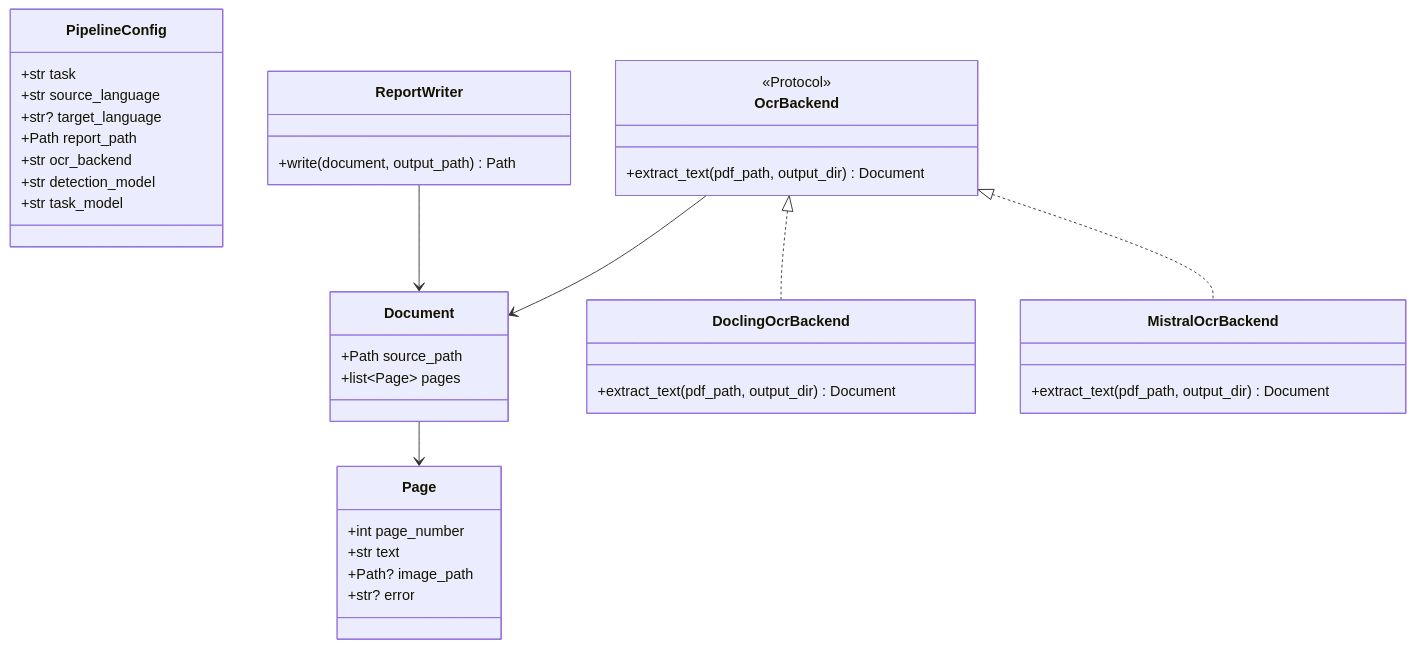
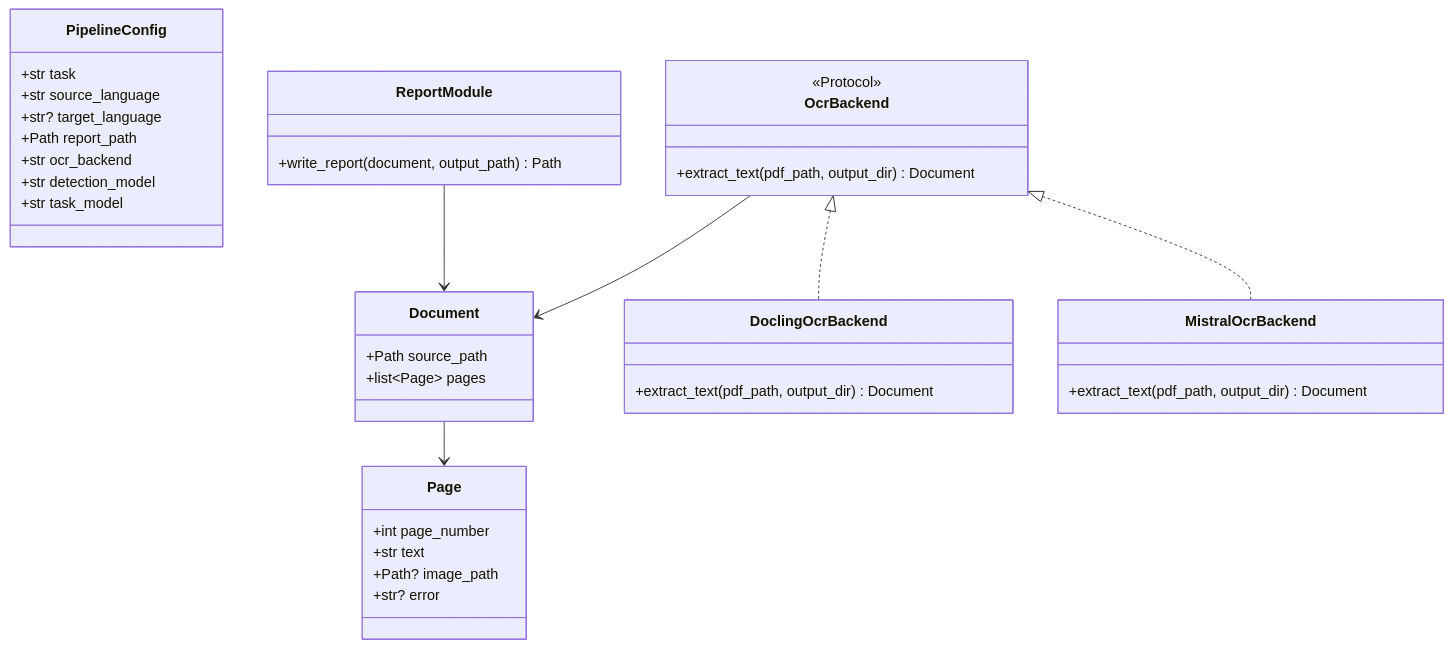
One commit to adevol/TransFixDoc changed the second of 2 diagrams in docs/architecture.md. Above: the diagram before and after it, drawn with Mermaid.

Commit message:
docs: changed ReportModule name and function name

````diff
--- a/docs/architecture.md
+++ b/docs/architecture.md
@@ -36,47 +36,47 @@
 ```mermaid
 classDiagram
     class PipelineConfig {
         +str task
         +str source_language
         +str? target_language
         +Path report_path
         +str ocr_backend
         +str detection_model
         +str task_model
     }
 
     class Page {
         +int page_number
         +str text
         +Path? image_path
         +str? error
     }
 
     class Document {
         +Path source_path
         +list~Page~ pages
     }
 
     class OcrBackend {
         <<Protocol>>
         +extract_text(pdf_path, output_dir) Document
     }
 
     class DoclingOcrBackend {
         +extract_text(pdf_path, output_dir) Document
     }
 
     class MistralOcrBackend {
         +extract_text(pdf_path, output_dir) Document
     }
 
-    class ReportWriter {
-        +write(document, output_path) Path
+    class ReportModule {
+        +write_report(document, output_path) Path
     }
 
     OcrBackend <|.. DoclingOcrBackend
     OcrBackend <|.. MistralOcrBackend
     OcrBackend --> Document
     Document --> Page
-    ReportWriter --> Document
+    ReportModule --> Document
 ```
````
